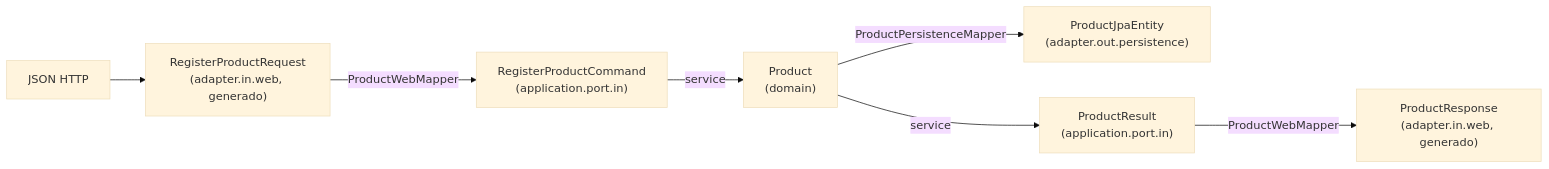
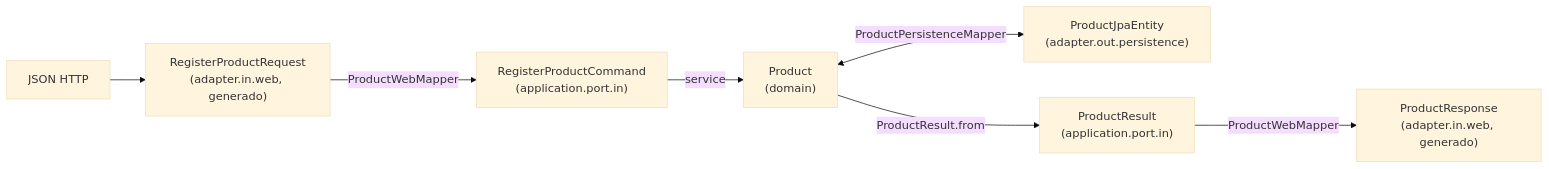
One commit to GalaxyTraining/CURS-000658-AI-SDD-F4 changed the second of 3 diagrams in specs/architecture/architecture.md. Above: the diagram before and after it, drawn with Mermaid (base theme). The commit also changed other lines of this file and 1 other file, not shown here.

First line of the commit message:
design: diagramas sincronizados con la implementación

````diff
--- a/specs/architecture/architecture.md
+++ b/specs/architecture/architecture.md
@@ -56,9 +63,9 @@
 ```mermaid
 flowchart LR
     J["JSON HTTP"] --> R["RegisterProductRequest<br/>(adapter.in.web, generado)"]
     R -->|ProductWebMapper| C["RegisterProductCommand<br/>(application.port.in)"]
     C -->|service| P["Product<br/>(domain)"]
-    P -->|ProductPersistenceMapper| E["ProductJpaEntity<br/>(adapter.out.persistence)"]
-    P -->|service| RES["ProductResult<br/>(application.port.in)"]
+    P <-->|ProductPersistenceMapper| E["ProductJpaEntity<br/>(adapter.out.persistence)"]
+    P -->|ProductResult.from| RES["ProductResult<br/>(application.port.in)"]
     RES -->|ProductWebMapper| RESP["ProductResponse<br/>(adapter.in.web, generado)"]
 ```
````
